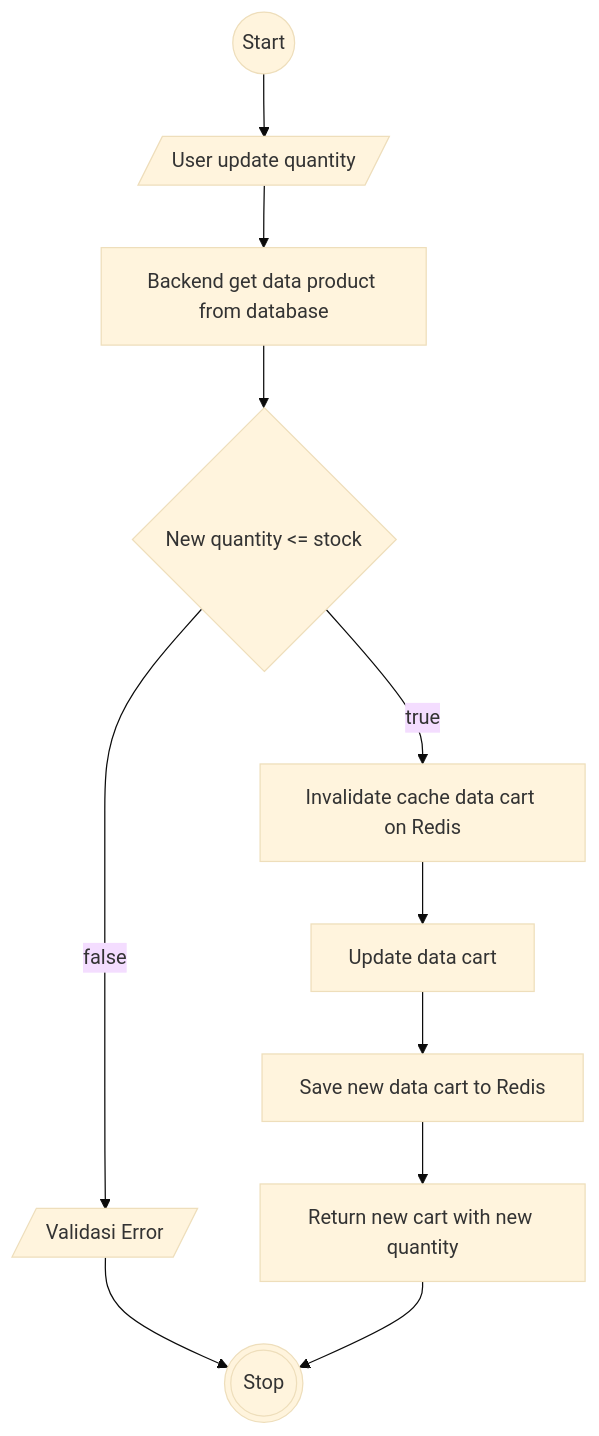
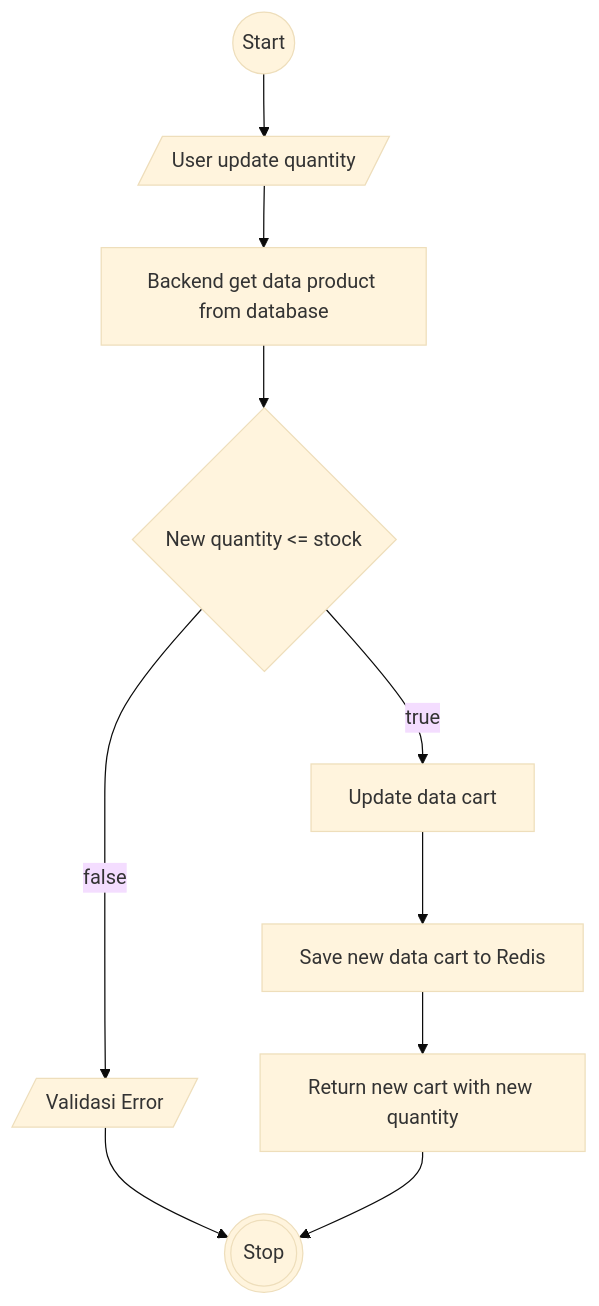
Before and after one commit to ItsnaMaulanaHasan/system-design-carts-system: the fourth of 8 diagrams in README.md, drawn with Mermaid (base theme). The commit also changed other lines of this file, not shown here.

Commit message:
feat: create requence diagram, achitecture diagram , and adjust flowchart

````diff
--- a/README.md
+++ b/README.md
@@ -112,20 +160,19 @@
 ```mermaid
 flowchart TD
     Start@{ shape: circle, label: "Start" }
     Stop@{ shape: dbl-circ, label: "Stop" }
 
     UserUpdate@{ shape: lean-r, label: "User update quantity" }
     BackendGet@{ shape: rect, label: "Backend get data product from database" }
 
     CheckStock@{ shape: diamond, label: "New quantity <= stock" }
     ReturnError@{ shape: lean-r, label: "Validasi Error" }
-    InvalidateRedis@{ shape: rect, label: "Invalidate cache data cart on Redis" }
     UpdateCart@{ shape: rect, label: "Update data cart" }
     SaveToRedis@{ shape: rect, label: "Save new data cart to Redis" }
     ReturnNewCart@{ shape: rect, label: "Return new cart with new quantity" }
 
     Start --> UserUpdate --> BackendGet --> CheckStock
 
     CheckStock -- false --> ReturnError --> Stop
-    CheckStock -- true --> InvalidateRedis --> UpdateCart --> SaveToRedis --> ReturnNewCart --> Stop
+    CheckStock -- true --> UpdateCart --> SaveToRedis --> ReturnNewCart --> Stop
 ```
````
